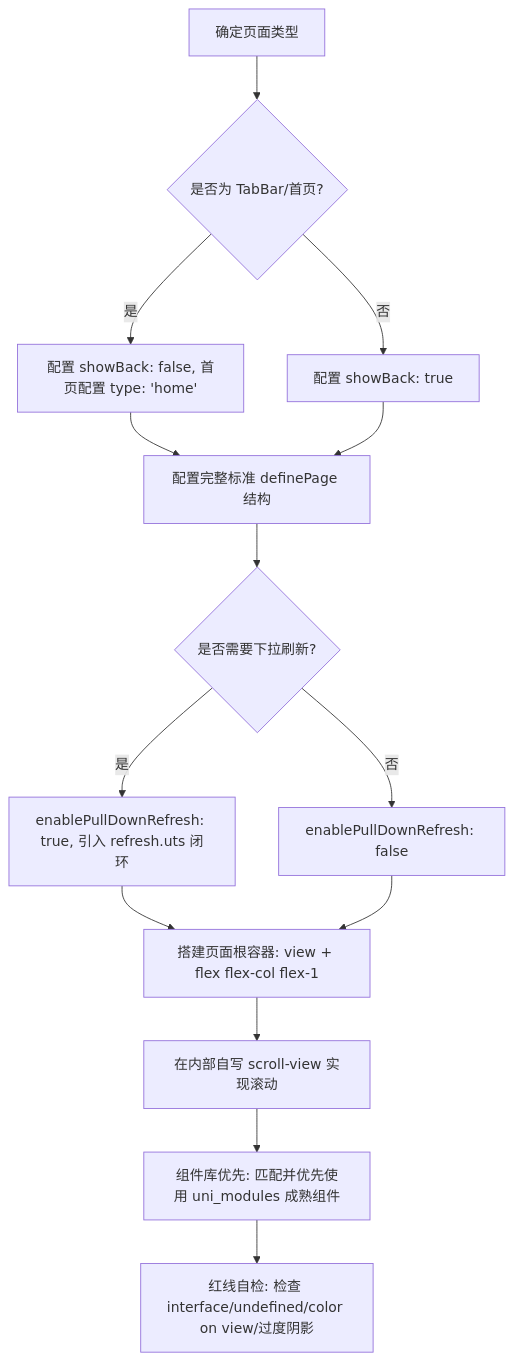
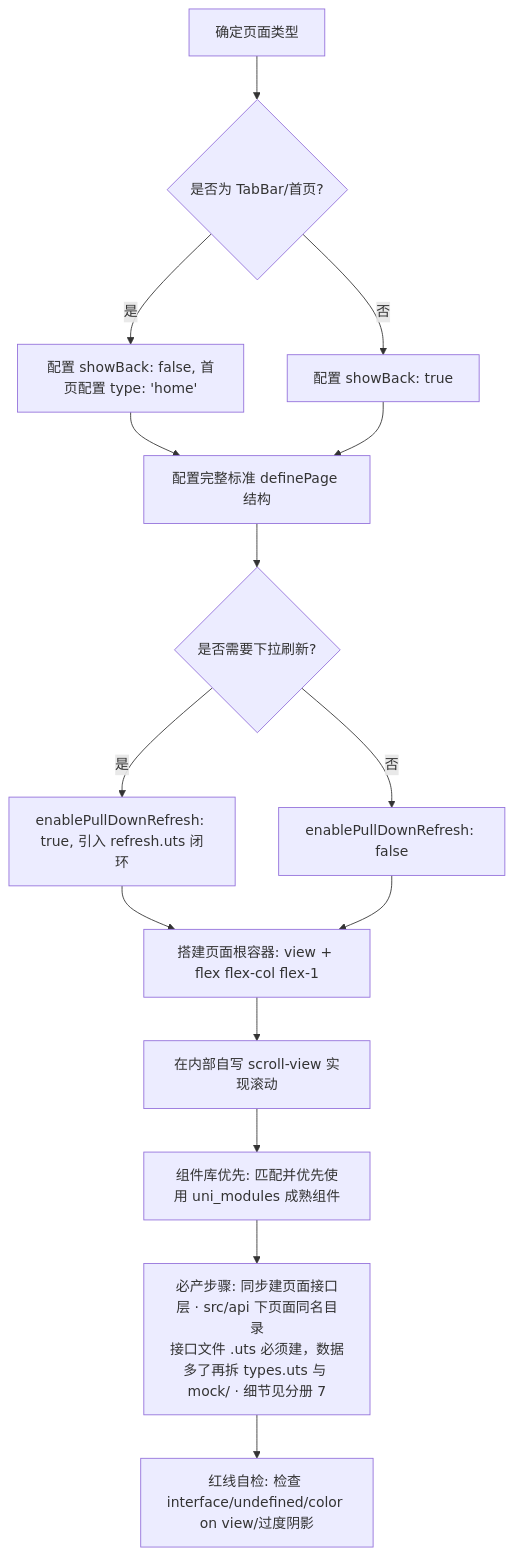
Before and after one commit to cq112233/unibestX: the diagram in .agents/skills/unibestX-skill/references/5-codegen.md, drawn with Mermaid. The commit also changed other lines of this file and 8 other files, not shown here.

````diff
--- a/.agents/skills/unibestX-skill/references/5-codegen.md
+++ b/.agents/skills/unibestX-skill/references/5-codegen.md
@@ -12,16 +12,17 @@
 ```mermaid
 graph TD
     A[确定页面类型] --> B{是否为 TabBar/首页?}
     B -->|是| C1[配置 showBack: false, 首页配置 type: 'home']
     B -->|否| C2[配置 showBack: true]
     C1 --> D[配置完整标准 definePage 结构]
     C2 --> D
     D --> E{是否需要下拉刷新?}
     E -->|是| F1[enablePullDownRefresh: true, 引入 refresh.uts 闭环]
     E -->|否| F2[enablePullDownRefresh: false]
     F1 --> G[搭建页面根容器: view + flex flex-col flex-1]
     F2 --> G
     G --> H[在内部自写 scroll-view 实现滚动]
     H --> I[组件库优先: 匹配并优先使用 uni_modules 成熟组件]
-    I --> J[红线自检: 检查 interface/undefined/color on view/过度阴影]
+    I --> I2[必产步骤: 同步建页面接口层 · src/api 下页面同名目录<br>接口文件 .uts 必须建，数据多了再拆 types.uts 与 mock/ · 细节见分册 7]
+    I2 --> J[红线自检: 检查 interface/undefined/color on view/过度阴影]
 ```
````
